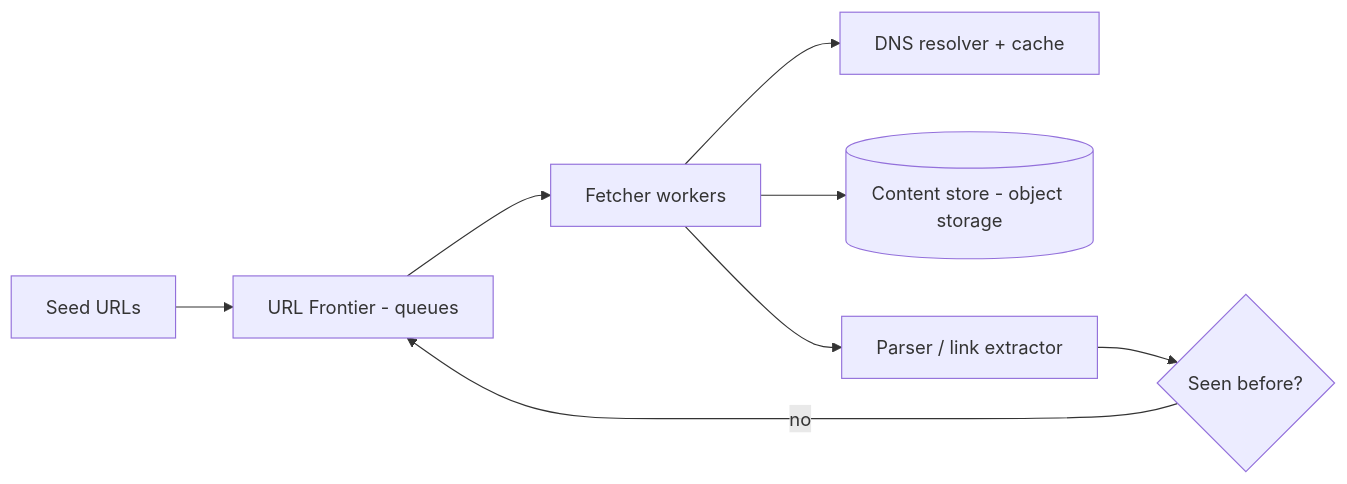
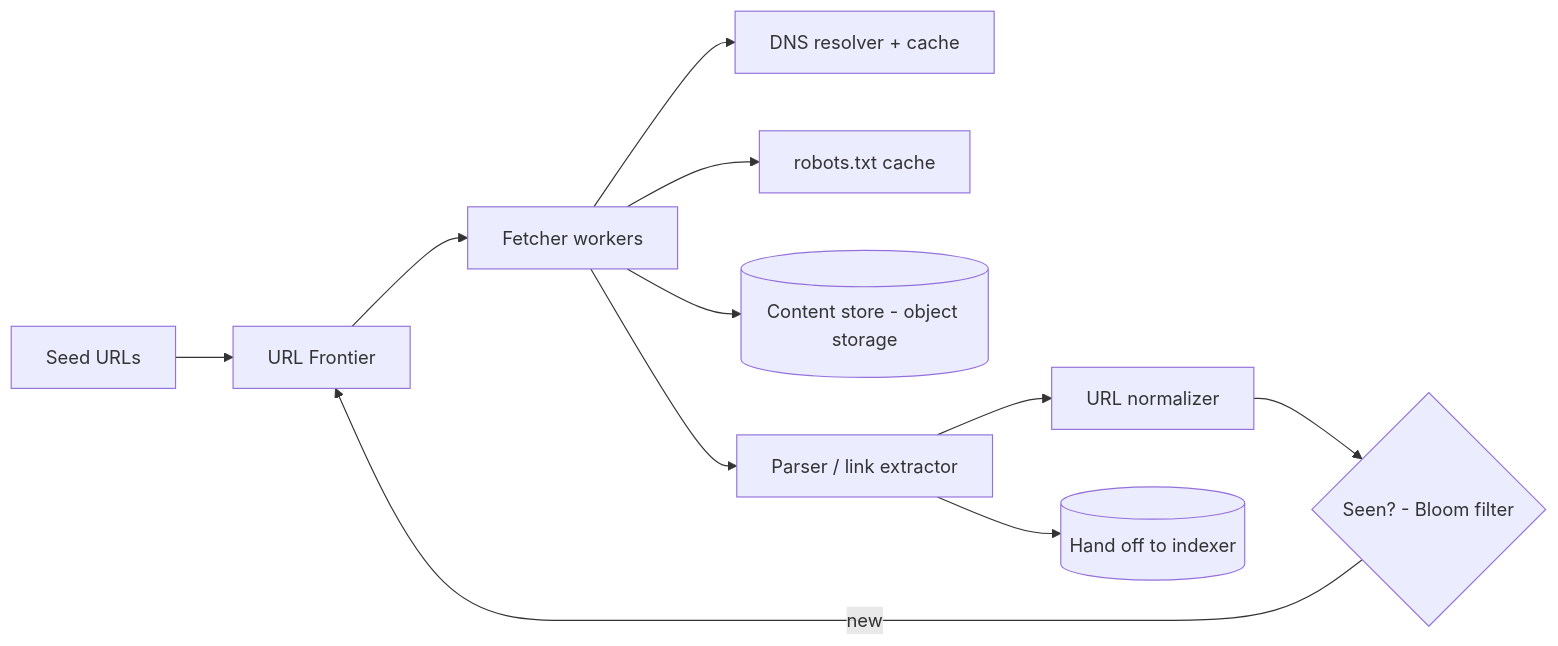
Before and after one commit to hiepgithub2001/swedocs: the first of 2 diagrams in system-design/2-case-studies/web-crawler.md, drawn with Mermaid. The commit also changed other lines of this file and 12 other files, not shown here.

Commit message:
Expand all 13 case studies with deeper detail (clarifying Qs, estimation math, schemas, more deep dives & diagrams)

````diff
--- a/system-design/2-case-studies/web-crawler.md
+++ b/system-design/2-case-studies/web-crawler.md
@@ -21,10 +30,13 @@
 ```mermaid
 flowchart LR
-    Seed[Seed URLs] --> Frontier[URL Frontier - queues]
-    Frontier --> Fetcher[Fetcher workers]
-    Fetcher --> DNS[DNS resolver + cache]
-    Fetcher --> Store[(Content store - object storage)]
-    Fetcher --> Parser[Parser / link extractor]
-    Parser --> Dedup{Seen before?}
-    Dedup -->|no| Frontier
+    Seed[Seed URLs] --> Frontier[URL Frontier]
+    Frontier --> Fetch[Fetcher workers]
+    Fetch --> DNS[DNS resolver + cache]
+    Fetch --> Robots[robots.txt cache]
+    Fetch --> Store[(Content store - object storage)]
+    Fetch --> Parse[Parser / link extractor]
+    Parse --> Norm[URL normalizer]
+    Norm --> Seen{Seen? - Bloom filter}
+    Seen -->|new| Frontier
+    Parse --> Index[(Hand off to indexer)]
 ```
````
